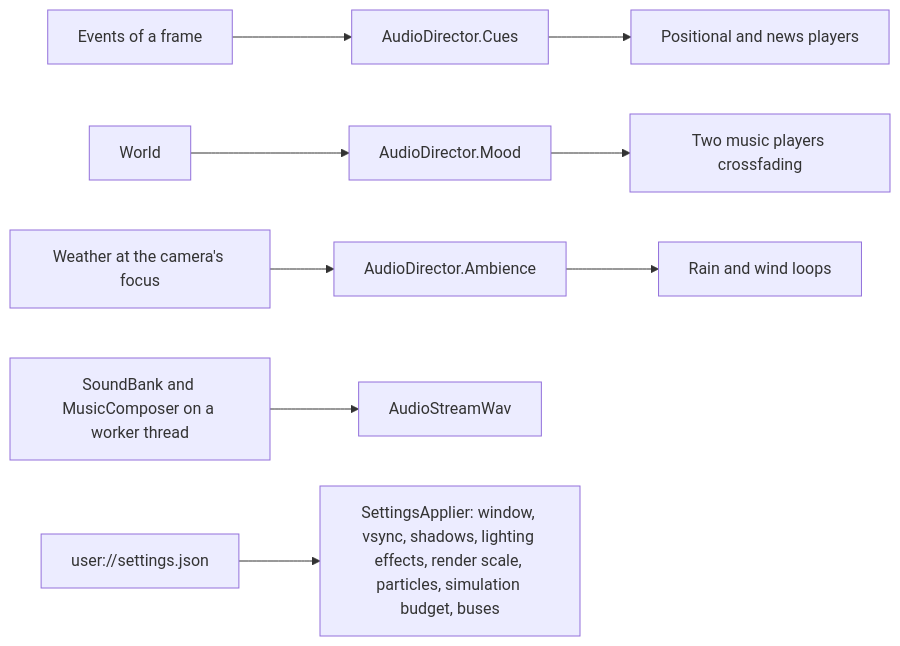
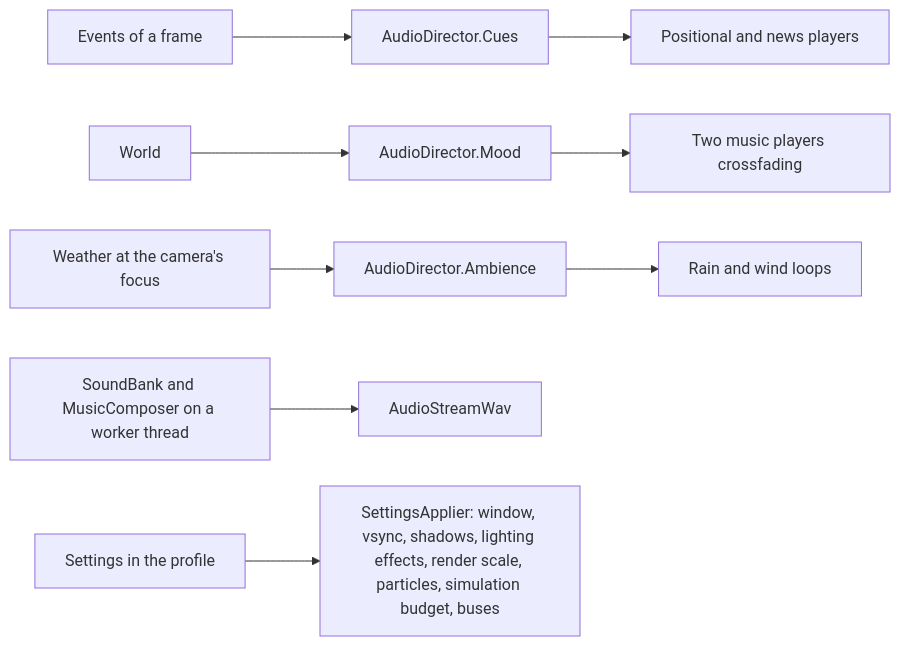
Before and after one commit to roeyazroel/pantheon: diagram 12 of 35 in docs/ARCHITECTURE.md, drawn with Mermaid. The commit also changed other lines of this file and 32 other files, not shown here.

````diff
--- a/docs/ARCHITECTURE.md
+++ b/docs/ARCHITECTURE.md
@@ -1314,11 +1333,11 @@
 ```mermaid
 flowchart LR
     events[Events of a frame] --> director[AudioDirector.Cues]
     world[World] --> mood[AudioDirector.Mood]
     weather[Weather at the camera's focus] --> ambience[AudioDirector.Ambience]
     bank[SoundBank and MusicComposer on a worker thread] --> streams[AudioStreamWav]
     director --> players[Positional and news players]
     mood --> music[Two music players crossfading]
     ambience --> loops[Rain and wind loops]
-    settings[user://settings.json] --> applier[SettingsApplier: window, vsync, shadows, lighting effects, render scale, particles, simulation budget, buses]
+    settings[Settings in the profile] --> applier[SettingsApplier: window, vsync, shadows, lighting effects, render scale, particles, simulation budget, buses]
 ```
````
